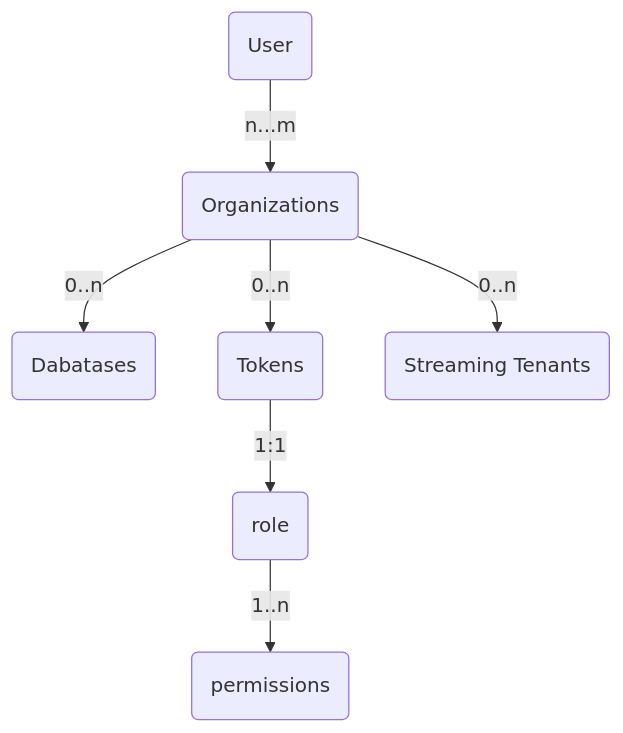
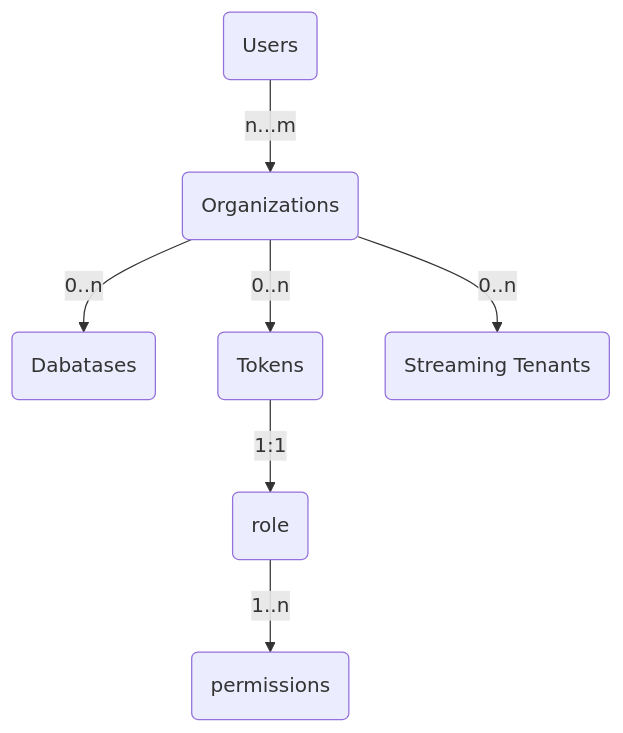
The diagram in docs/pages/astra/create-token.md (awesome-astra/docs), drawn with Mermaid before and after one commit.

````diff
--- a/docs/pages/astra/create-token.md
+++ b/docs/pages/astra/create-token.md
@@ -15,9 +15,9 @@
 ```mermaid
   graph TD
-    USER(User) -->|n...m|ORG(Organizations)
+    USER(Users) -->|n...m|ORG(Organizations)
     ORG -->|0..n|DB(Dabatases)
     ORG -->|0..n|TOKEN(Tokens)
     ORG -->|0..n|STR(Streaming Tenants)
     TOKEN-->|1:1|ROLE(role)
     ROLE-->|1..n|PERMISSIONS(permissions)
 ```
````
